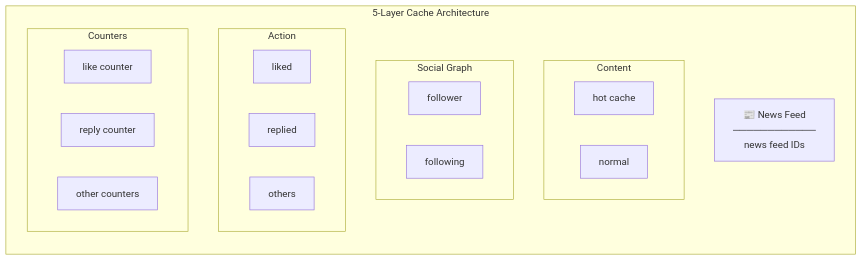
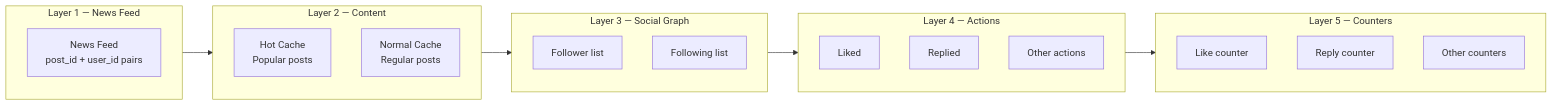
Before and after one commit to Arnavjain1703/HLD: the sixth of 9 diagrams in news-feed-system-design.md, drawn with Mermaid. The commit also changed other lines of this file, not shown here.

````diff
--- a/news-feed-system-design.md
+++ b/news-feed-system-design.md
@@ -299,28 +283,30 @@
 ```mermaid
-graph LR
-    subgraph CacheArchitecture["5-Layer Cache Architecture"]
-        NF["📰 News Feed\n────────────\nnews feed IDs"]
+flowchart LR
+    subgraph L1["Layer 1 — News Feed"]
+        NF["News Feed<br/>post_id + user_id pairs"]
+    end
 
-        subgraph C["Content"]
-            HC["hot cache"]
-            NM["normal"]
-        end
+    subgraph L2["Layer 2 — Content"]
+        HC["Hot Cache<br/>Popular posts"]
+        NC["Normal Cache<br/>Regular posts"]
+    end
 
-        subgraph SG["Social Graph"]
-            FOL["follower"]
-            FING["following"]
-        end
+    subgraph L3["Layer 3 — Social Graph"]
+        FOL["Follower list"]
+        FING["Following list"]
+    end
 
-        subgraph A["Action"]
-            LK["liked"]
-            RP["replied"]
-            OT["others"]
-        end
+    subgraph L4["Layer 4 — Actions"]
+        LK["Liked"]
+        RP["Replied"]
+        OT["Other actions"]
+    end
 
-        subgraph CT["Counters"]
-            LC["like counter"]
-            RC["reply counter"]
-            OC["other counters"]
-        end
+    subgraph L5["Layer 5 — Counters"]
+        LC["Like counter"]
+        RC["Reply counter"]
+        OC["Other counters"]
     end
+
+    L1 --> L2 --> L3 --> L4 --> L5
 ```
````
